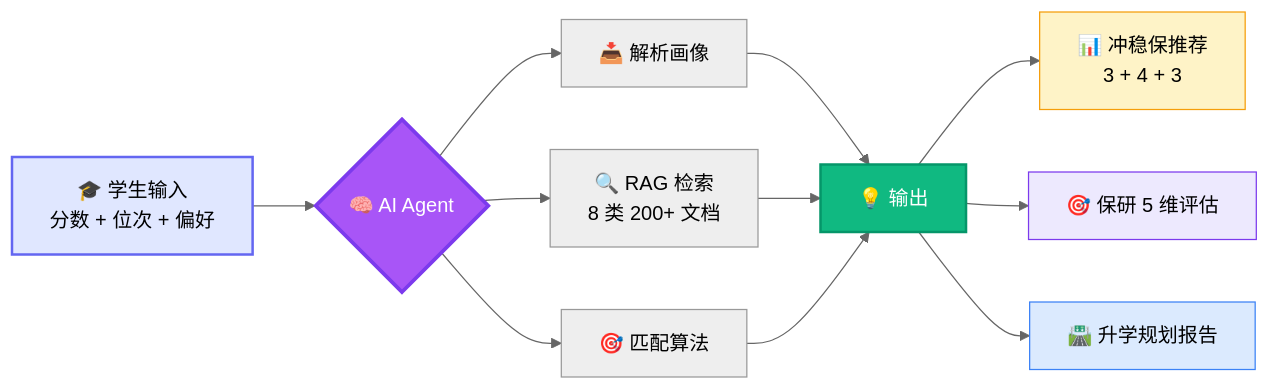
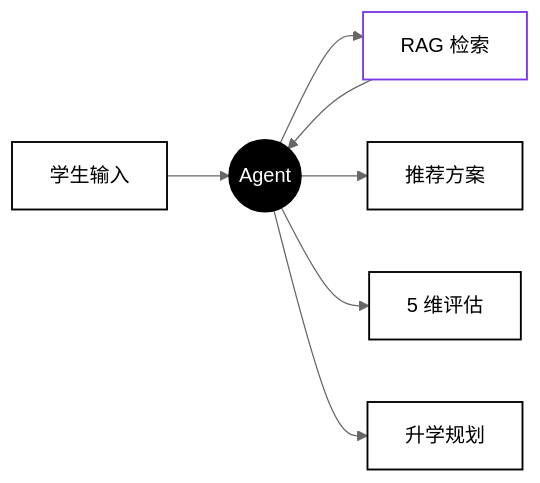
One commit to mear9713/gaokao changed the diagram in README.md. Above: the diagram before and after it, drawn with Mermaid (neutral theme). The commit also changed other lines of this file, not shown here.

````diff
--- a/README.md
+++ b/README.md
@@ -30,18 +119,16 @@
 ```mermaid
 flowchart LR
-  A[🎓 学生输入<br/>分数 + 位次 + 偏好] --> B{🧠 AI Agent}
-  B --> C[📥 解析画像]
-  B --> D[🔍 RAG 检索<br/>8 类 200+ 文档]
-  B --> E[🎯 匹配算法]
-  C & D & E --> F[💡 输出]
-  F --> G[📊 冲稳保推荐<br/>3 + 4 + 3]
-  F --> H[🎯 保研 5 维评估]
-  F --> I[🛣️ 升学规划报告]
+  A[学生输入] --> B((Agent))
+  B --> C[RAG 检索]
+  C --> B
+  B --> D[推荐方案]
+  B --> E[5 维评估]
+  B --> F[升学规划]
 
-  style A fill:#e0e7ff,stroke:#6366f1,stroke-width:2px,color:#000
-  style B fill:#a855f7,stroke:#7c3aed,stroke-width:3px,color:#fff
-  style F fill:#10b981,stroke:#059669,stroke-width:2px,color:#fff
-  style G fill:#fef3c7,stroke:#f59e0b,color:#000
-  style H fill:#ede9fe,stroke:#7c3aed,color:#000
-  style I fill:#dbeafe,stroke:#3b82f6,color:#000
+  style A fill:#fff,stroke:#000,stroke-width:1.5px,color:#000
+  style B fill:#000,stroke:#000,stroke-width:2px,color:#fff
+  style C fill:#fff,stroke:#7c3aed,stroke-width:1.5px,color:#000
+  style D fill:#fff,stroke:#000,stroke-width:1.5px,color:#000
+  style E fill:#fff,stroke:#000,stroke-width:1.5px,color:#000
+  style F fill:#fff,stroke:#000,stroke-width:1.5px,color:#000
 ```
````
